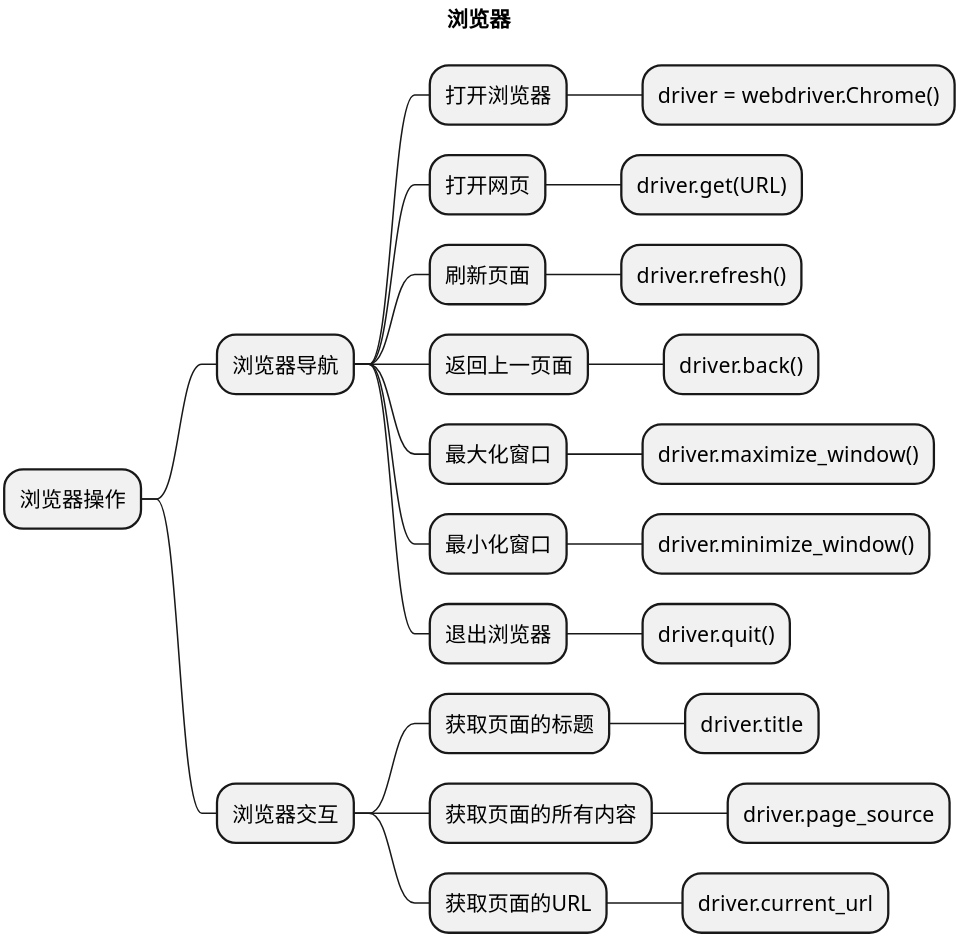
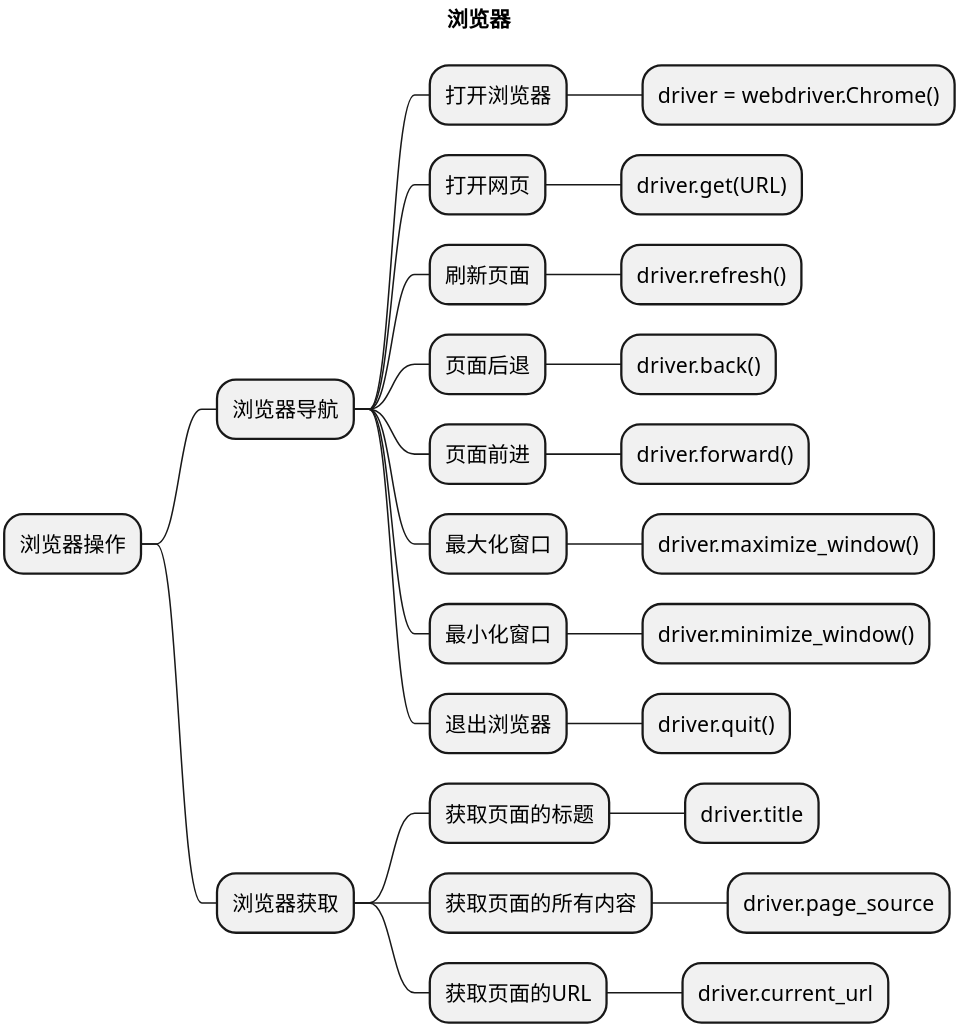
One commit to TesterDevSoul/encoding changed the diagram in zh-cn/自动化/UI自动化/Web自动化/Selenium/3004A_浏览器操作.md. Above: the diagram before and after it, drawn with PlantUML. The commit also changed other lines of this file and 4 other files, not shown here.

````diff
--- a/zh-cn/自动化/UI自动化/Web自动化/Selenium/3004A_浏览器操作.md
+++ b/zh-cn/自动化/UI自动化/Web自动化/Selenium/3004A_浏览器操作.md
@@ -9,31 +9,33 @@
 ```plantuml
 @startmindmap
 title 浏览器
 scale 10
 * 浏览器操作
 ** 浏览器导航
 *** 打开浏览器
 **** driver = webdriver.Chrome()
 *** 打开网页
 **** driver.get(URL)
 *** 刷新页面
 **** driver.refresh()
-*** 返回上一页面
+*** 页面后退
 **** driver.back()
+*** 页面前进
+**** driver.forward()
 *** 最大化窗口
 **** driver.maximize_window()
 *** 最小化窗口
 **** driver.minimize_window()
 *** 退出浏览器
 **** driver.quit()
 
-** 浏览器交互
+** 浏览器获取
 *** 获取页面的标题
 **** driver.title
 *** 获取页面的所有内容
 **** driver.page_source
 *** 获取页面的URL
 **** driver.current_url
 
 @endmindmap
 ```
````
